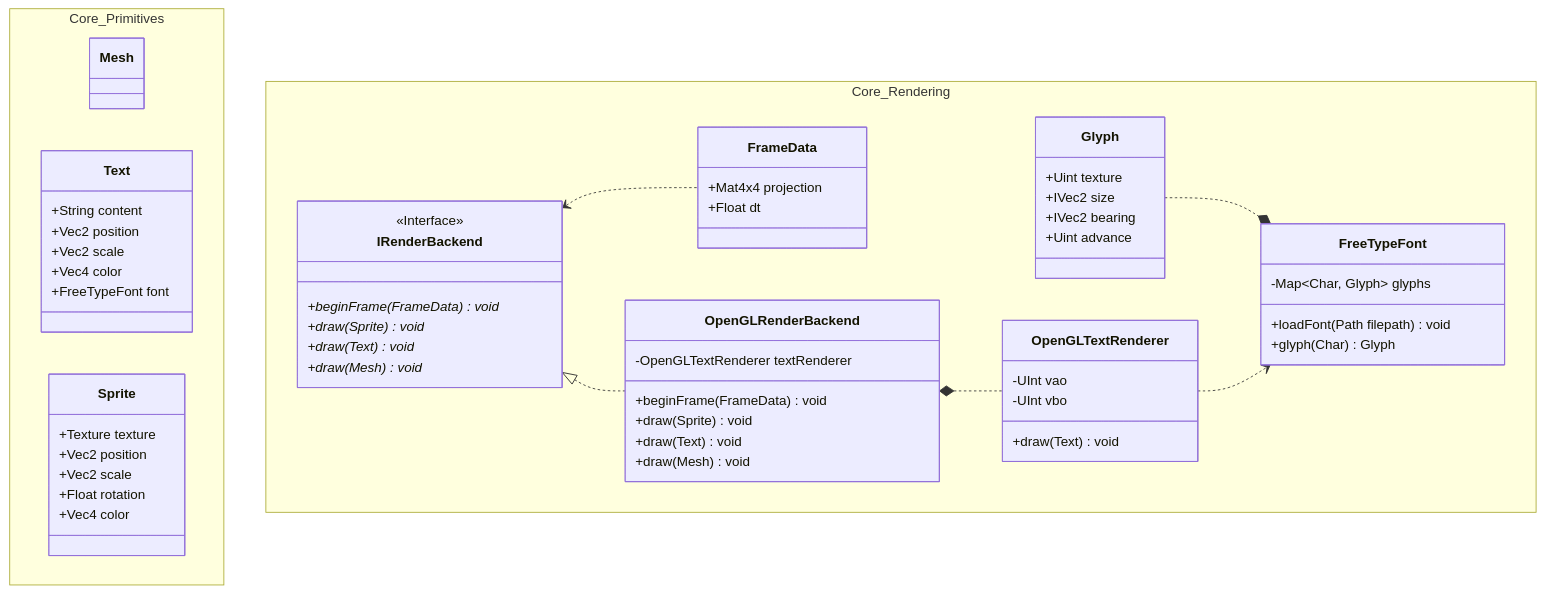
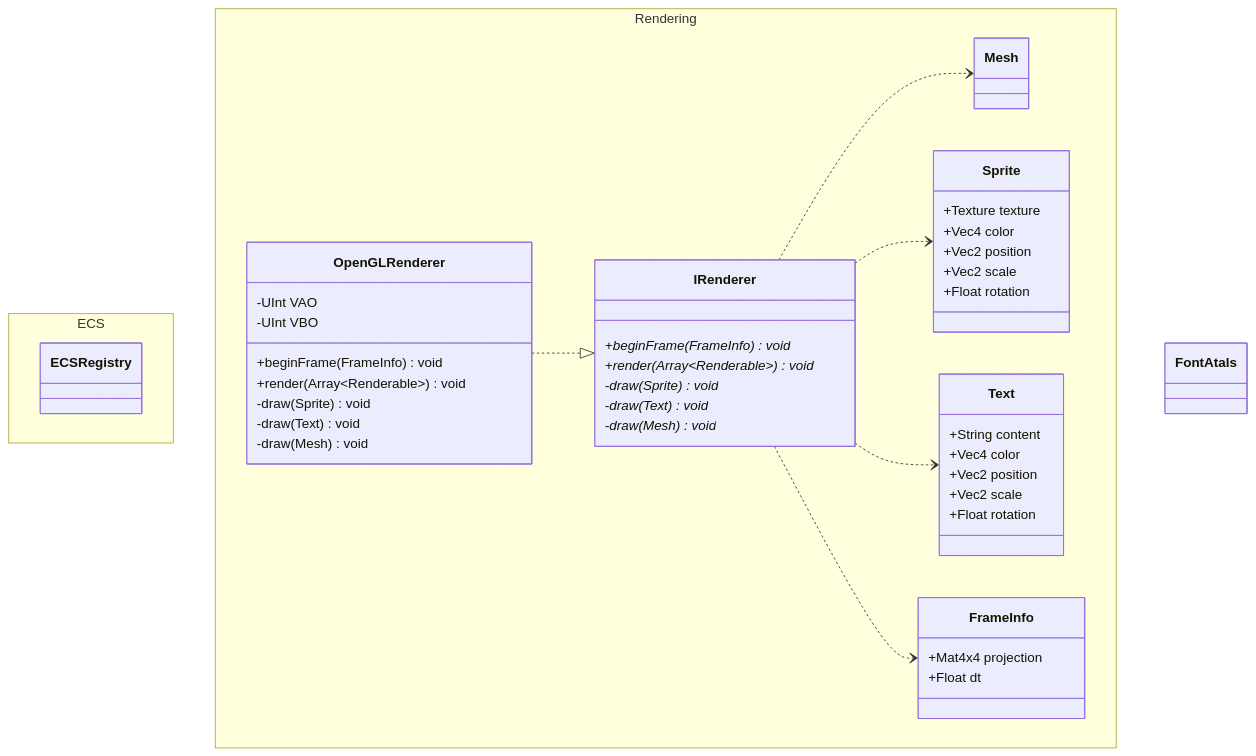
Before and after one commit to FelixHommel/StarfighterAlliance: the second of 2 diagrams in docs/architecture/RenderingInfrastructure.md, drawn with Mermaid. The commit also changed other lines of this file, not shown here.

Commit message:
docs: restructure ideas regarding rendering

````diff
--- a/docs/architecture/RenderingInfrastructure.md
+++ b/docs/architecture/RenderingInfrastructure.md
@@ -216,77 +88,62 @@
 ```mermaid
 classDiagram
-  namespace Core_Primitives{
+  namespace ECS{
+    class ECSRegistry
+  }
+
+  namespace Rendering{
     class Mesh
+
+    class Sprite{
+      +Texture texture
+      +Vec4 color
+      +Vec2 position
+      +Vec2 scale
+      +Float rotation
+    }
 
     class Text{
       +String content
-      +Vec2 position
-      +Vec2 scale
       +Vec4 color
-      +FreeTypeFont font
-    }
-
-    class Sprite{
-      +Texture texture
       +Vec2 position
       +Vec2 scale
       +Float rotation
-      +Vec4 color
+    }
+
+    class FrameInfo{
+      +Mat4x4 projection
+      +Float dt
+    }
+
+    class IRenderer{
+      +beginFrame(FrameInfo)* void
+      +render(Array~Renderable~)* void
+
+      -draw(Sprite)* void
+      -draw(Text)* void
+      -draw(Mesh)* void
+    }
+
+    class OpenGLRenderer{
+      -UInt VAO
+      -UInt VBO
+
+      +beginFrame(FrameInfo) void
+      +render(Array~Renderable~) void
+
+      -draw(Sprite) void
+      -draw(Text) void
+      -draw(Mesh) void
     }
   }
 
-  namespace Core_Rendering{
-    class Glyph{
-      +Uint texture
-      +IVec2 size
-      +IVec2 bearing
-      +Uint advance
-    }
-
-    class FreeTypeFont{
-      -Map~Char, Glyph~ glyphs
-
-      +loadFont(Path filepath) void
-      +glyph(Char) Glyph
-    }
-
-    class OpenGLTextRenderer{
-      -UInt vao
-      -UInt vbo
-
-      +draw(Text) void
-    }
-
-    class OpenGLRenderBackend{
-      -OpenGLTextRenderer textRenderer
-
-      +beginFrame(FrameData) void
-      +draw(Sprite) void
-      +draw(Text) void
-      +draw(Mesh) void
-    }
-
-    class IRenderBackend{
-      <<Interface>>
-
-      +beginFrame(FrameData)* void
-      +draw(Sprite)* void
-      +draw(Text)* void
-      +draw(Mesh)* void
-    }
-
-    class FrameData{
-      +Mat4x4 projection
-      +Float dt
-    }
+  class FontAtals{
   }
 
-  Glyph ..* FreeTypeFont
+  IRenderer ..> Sprite
+  IRenderer ..> Text
+  IRenderer ..> Mesh
+  IRenderer ..> FrameInfo
 
-  IRenderBackend <.. FrameData
-  IRenderBackend <|.. OpenGLRenderBackend
-
-  OpenGLRenderBackend *.. OpenGLTextRenderer
-
-  OpenGLTextRenderer ..> FreeTypeFont
+  OpenGLRenderer ..|> IRenderer
 ```
````
